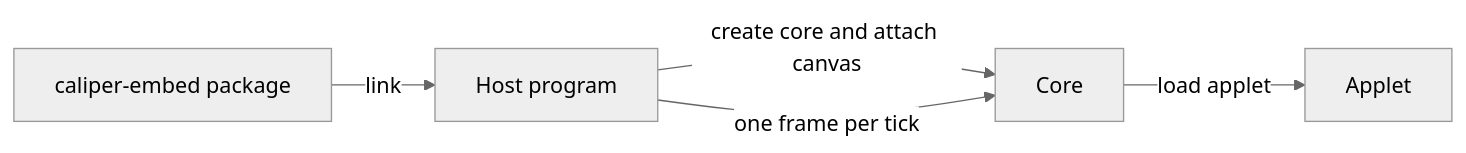
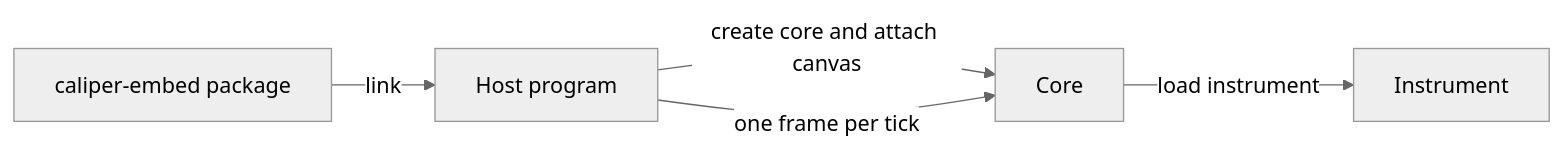
The diagram in docs/web/program-embedding.md (AhmedKhan-GH/caliper), drawn with Mermaid (neutral theme) before and after one commit. The commit also changed other lines of this file and 87 other files, not shown here.

First line of the commit message:
Docs: rename applet to instrument across docs site and root markdown

````diff
--- a/docs/web/program-embedding.md
+++ b/docs/web/program-embedding.md
@@ -9,7 +9,7 @@
 ```mermaid
 flowchart LR
     pkg[caliper-embed package] -->|link| host[Host program]
     host -->|create core and attach canvas| core[Core]
-    core -->|load applet| applet[Applet]
+    core -->|load instrument| instrument[Instrument]
     host -->|one frame per tick| core
 ```
````
